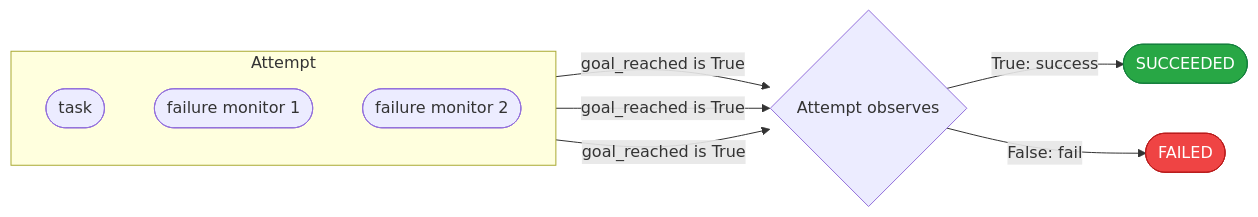
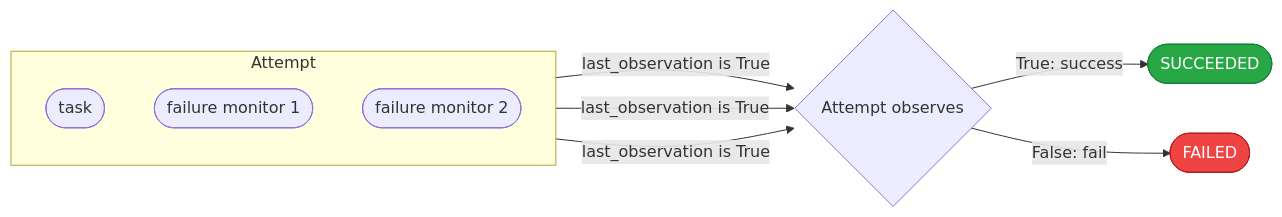
Before and after one commit to Tigul/cognitive_robot_abstract_machine: the sixth of 11 diagrams in giskardpy/doc/motion_statecharts.md, drawn with Mermaid. The commit also changed other lines of this file and 16 other files, not shown here.

First line of the commit message:
refactor(motion_statechart): replace `goal_reached` with `last_observation` across codebase

````diff
--- a/giskardpy/doc/motion_statecharts.md
+++ b/giskardpy/doc/motion_statecharts.md
@@ -338,20 +330,20 @@
 ```{mermaid}
 flowchart LR
     subgraph attempt ["Attempt"]
         direction TB
         task(["task"])
         m1(["failure monitor 1"])
         m2(["failure monitor 2"])
     end
     obs{"Attempt observes"}
-    task -- "goal_reached is True" --> obs
-    m1 -- "goal_reached is True" --> obs
-    m2 -- "goal_reached is True" --> obs
+    task -- "last_observation is True" --> obs
+    m1 -- "last_observation is True" --> obs
+    m2 -- "last_observation is True" --> obs
     obs -- "True: success" --> S([SUCCEEDED])
     obs -- "False: fail" --> F([FAILED])
 
     classDef succeeded fill:#28A745,stroke:#15803D,color:#FFFFFF
     classDef failed fill:#EF4444,stroke:#B91C1C,color:#FFFFFF
     class S succeeded
     class F failed
 ```
````
